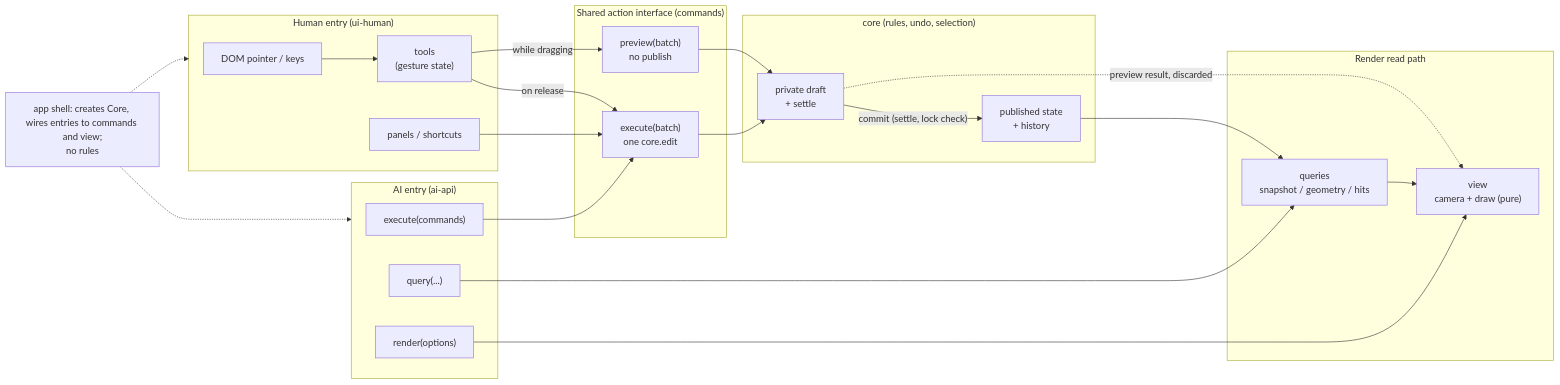
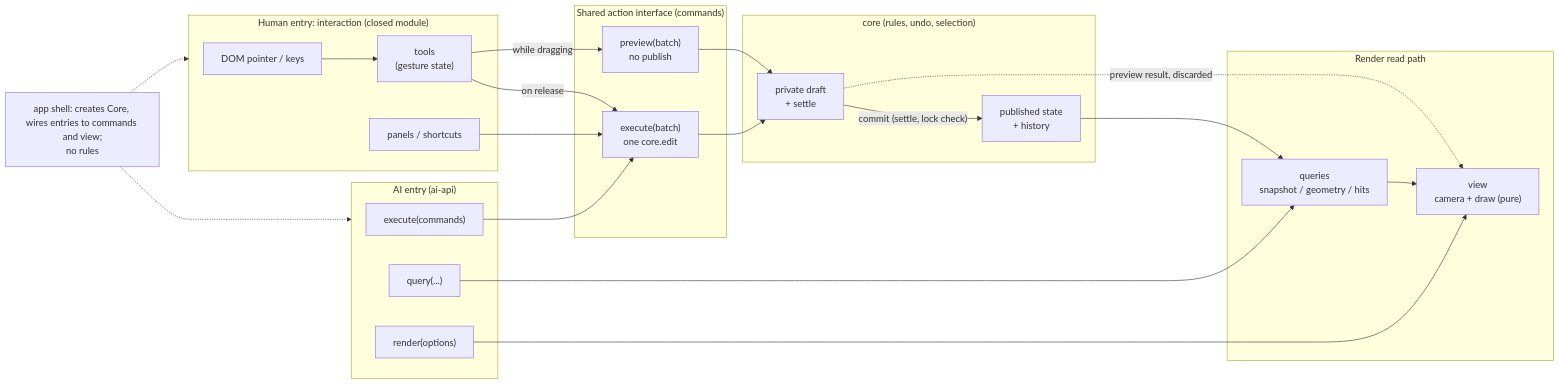
The second of 2 diagrams in docs/design/architecture/21-drawing-room.md (zbwxp/2D_headset), drawn with Mermaid before and after one commit. The commit also changed other lines of this file, not shown here.

Commit message:
docs(architecture): 21 — interaction is one closed, replaceable module with a fixed contract and contract tests (bowen 1791477519)

````diff
--- a/docs/design/architecture/21-drawing-room.md
+++ b/docs/design/architecture/21-drawing-room.md
@@ -80,37 +77,37 @@
 ```mermaid
 flowchart LR
-  subgraph human["Human entry (ui-human)"]
+  subgraph human["Human entry: interaction (closed module)"]
     dom["DOM pointer / keys"] --> toolsN["tools\n(gesture state)"]
     panel["panels / shortcuts"]
   end
   subgraph ai["AI entry (ai-api)"]
     exec["execute(commands)"]
     q["query(...)"]
     rend["render(options)"]
   end
   subgraph actions["Shared action interface (commands)"]
     preview["preview(batch)\nno publish"]
     execute["execute(batch)\none core.edit"]
   end
   subgraph coreBox["core (rules, undo, selection)"]
     draft["private draft\n+ settle"]
     published["published state\n+ history"]
   end
   subgraph readPath["Render read path"]
     queries2["queries\nsnapshot / geometry / hits"]
     view2["view\ncamera + draw (pure)"]
   end
   toolsN -- "while dragging" --> preview
   toolsN -- "on release" --> execute
   panel --> execute
   exec --> execute
   preview --> draft
   execute --> draft
   draft -- "commit (settle, lock check)" --> published
   draft -. "preview result, discarded" .-> view2
   published --> queries2 --> view2
   q --> queries2
   rend --> view2
   app["app shell: creates Core, wires entries to commands and view;\nno rules"] -.-> human
   app -.-> ai
 ```
````
